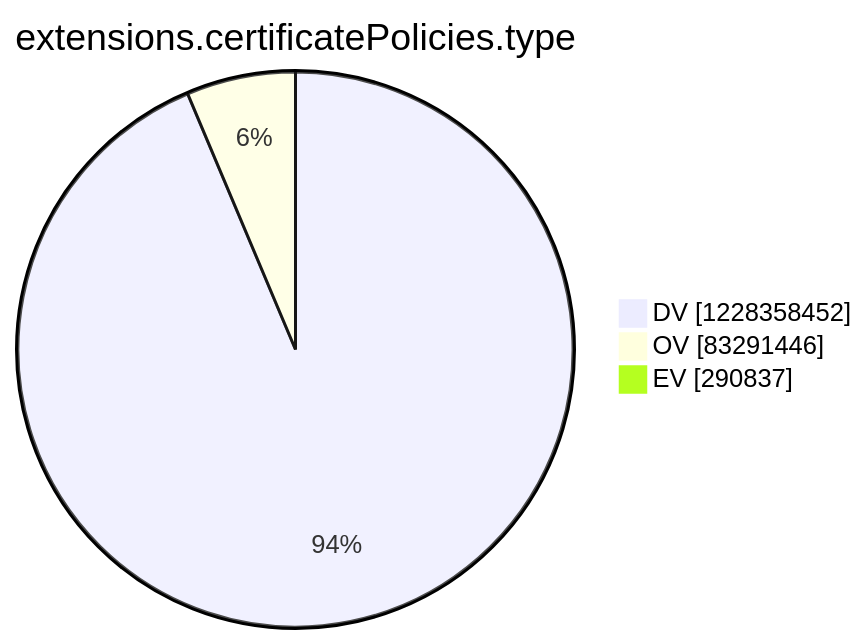
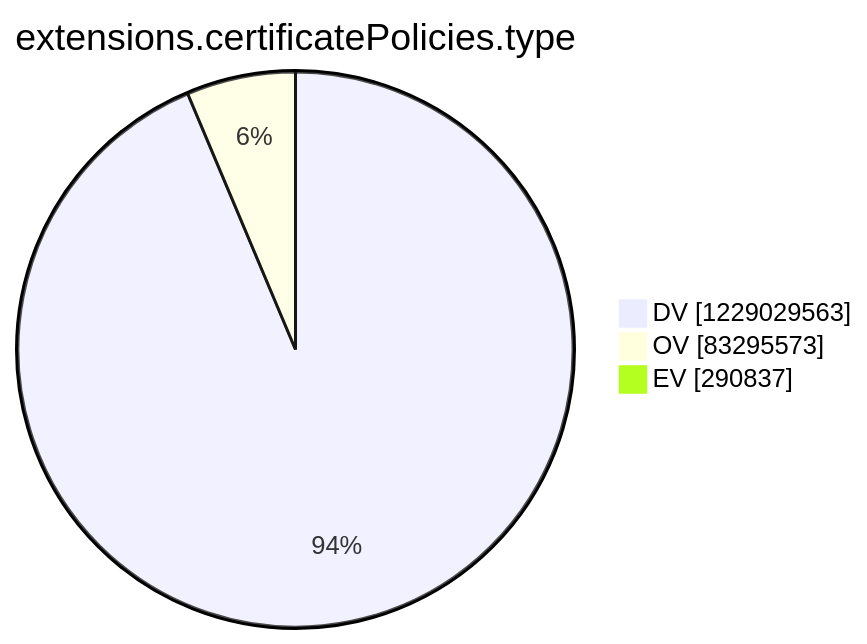
The tenth of 15 diagrams in argon2022/README.md (christiankrug/ctmonitor_visualization), drawn with Mermaid before and after one commit. The commit also changed other lines of this file, not shown here.

````diff
--- a/argon2022/README.md
+++ b/argon2022/README.md
@@ -2770,7 +2770,7 @@
 ```mermaid
 pie showData
 title extensions.certificatePolicies.type
-"DV" :1228358452
-"OV" :83291446
+"DV" :1229029563
+"OV" :83295573
 "EV" :290837
 ```
````
